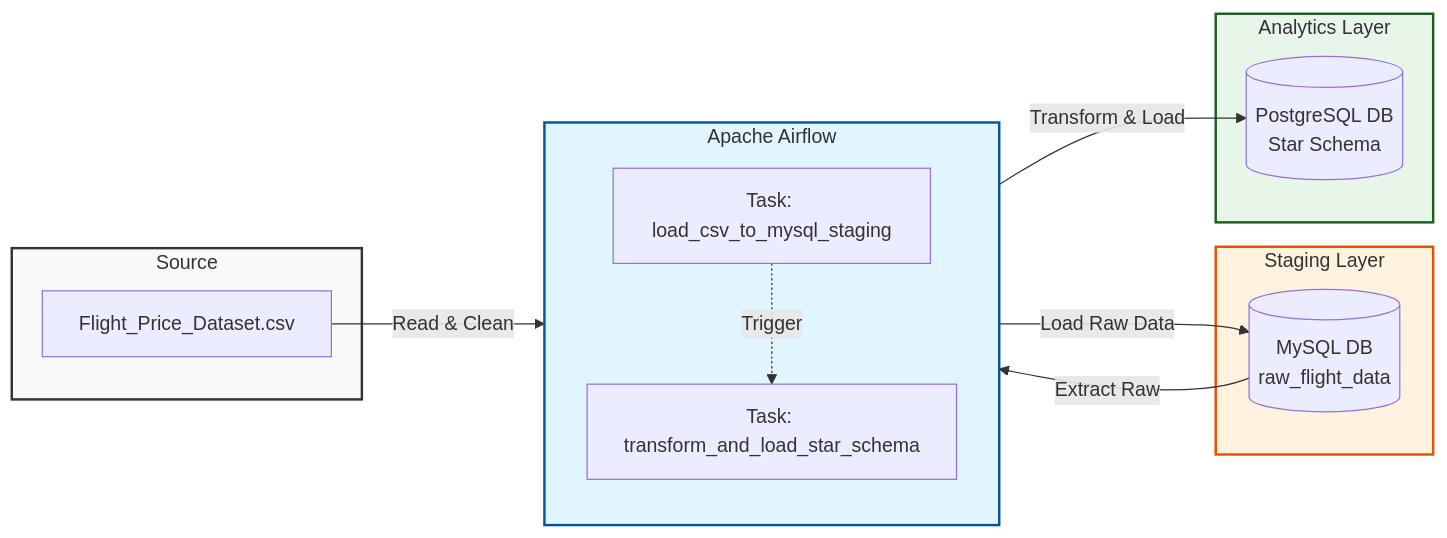
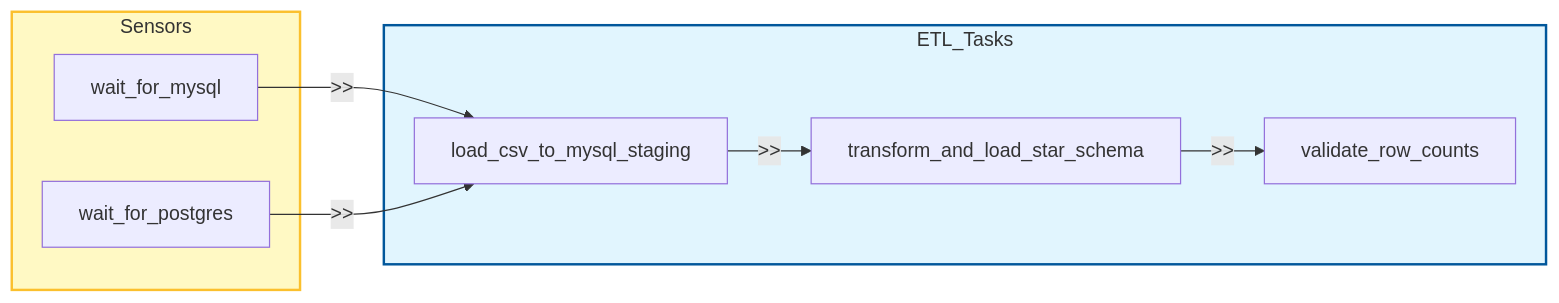
One commit to eli-bigman/Airflow-Project-Flight-Price-Analysis changed the first of 2 diagrams in README.md. Above: the diagram before and after it, drawn with Mermaid. The commit also changed other lines of this file, not shown here.

````diff
--- a/README.md
+++ b/README.md
@@ -23,34 +23,22 @@
 ```mermaid
 graph LR
-    subgraph Source
-        CSV[Flight_Price_Dataset.csv]
+    subgraph Sensors
+        WaitMySQL[wait_for_mysql]
+        WaitPostgres[wait_for_postgres]
     end
 
-    subgraph Orchestration [Apache Airflow]
-        direction TB
-        Task1[Task: load_csv_to_mysql_staging]
-        Task2[Task: transform_and_load_star_schema]
+    subgraph ETL_Tasks
+        Task1[load_csv_to_mysql_staging]
+        Task2[transform_and_load_star_schema]
+        Task3[validate_row_counts]
     end
 
-    subgraph Staging [Staging Layer]
-        MySQL[(MySQL DB<br/>raw_flight_data)]
-    end
+    %% Dependencies matching Python: [wait_for_mysql, wait_for_postgres] >> t1 >> t2 >> validate_task
+    WaitMySQL -->|>>| Task1
+    WaitPostgres -->|>>| Task1
+    Task1 -->|>>| Task2
+    Task2 -->|>>| Task3
 
-    subgraph Analytics [Analytics Layer]
-        Postgres[(PostgreSQL DB<br/>Star Schema)]
-    end
-
-    %% Data Flow
-    CSV -->|Read & Clean| Task1
-    Task1 -->|Load Raw Data| MySQL
-    MySQL -->|Extract Raw| Task2
-    Task2 -->|Transform & Load| Postgres
-
-    %% Dependency
-    Task1 -.->|Trigger| Task2
-
-    style Source fill:#f9f9f9,stroke:#333,stroke-width:2px
-    style Orchestration fill:#e1f5fe,stroke:#01579b,stroke-width:2px
-    style Staging fill:#fff3e0,stroke:#e65100,stroke-width:2px
-    style Analytics fill:#e8f5e9,stroke:#1b5e20,stroke-width:2px
+    style Sensors fill:#fff9c4,stroke:#fbc02d,stroke-width:2px
+    style ETL_Tasks fill:#e1f5fe,stroke:#01579b,stroke-width:2px
 ```
````
